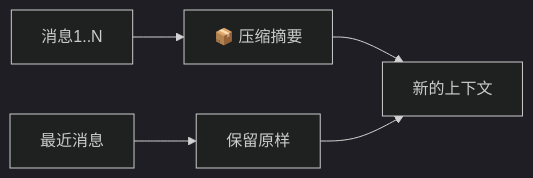
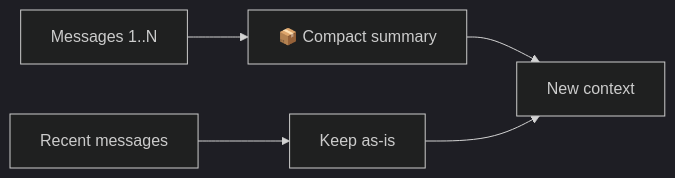
One commit to codingwatching/ReMe changed the third of 5 diagrams in README.md. Above: the diagram before and after it, drawn with Mermaid (dark theme). The commit also changed other lines of this file and 2 other files, not shown here.

````diff
--- a/README.md
+++ b/README.md
@@ -143,7 +401,7 @@
 ```mermaid
 graph LR
-    A[消息1..N] --> B[📦 压缩摘要]
-C[最近消息] --> D[保留原样]
-B --> E[新的上下文]
+    A[Messages 1..N] --> B[📦 Compact summary]
+C[Recent messages] --> D[Keep as-is]
+B --> E[New context]
 D --> E
 ```
````
